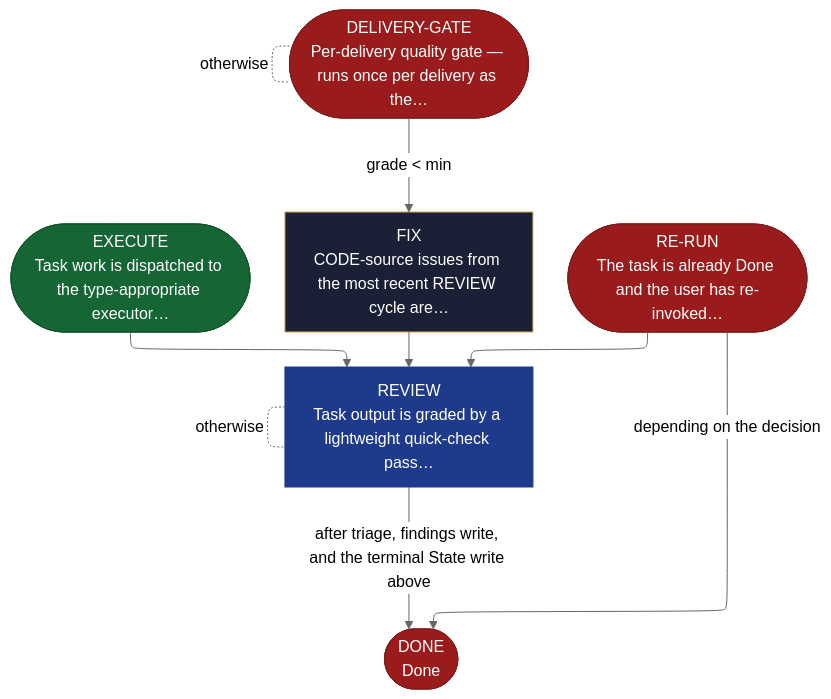
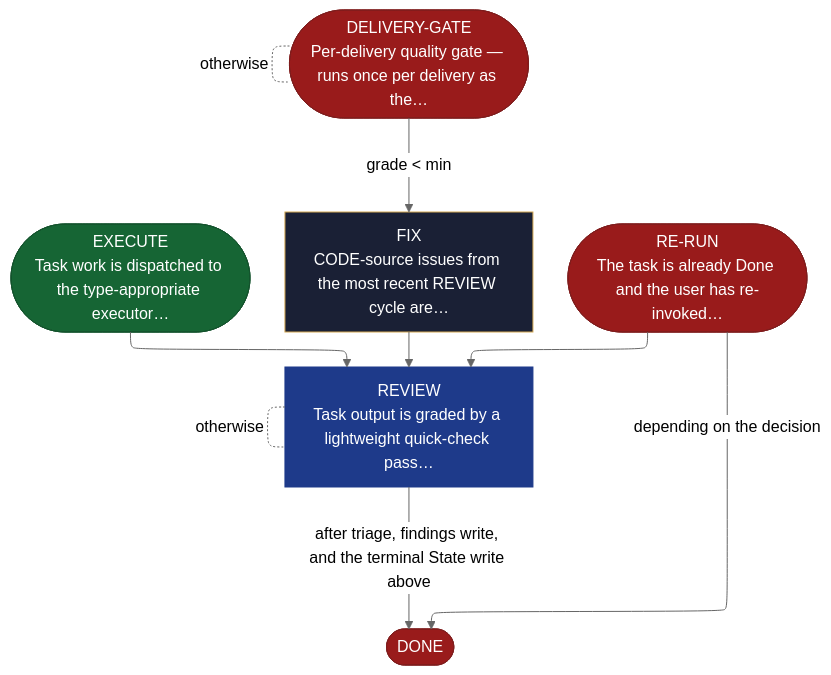
One commit to AndreVianna/aid-methodology changed the diagram in site/src/content/docs/skills/aid-execute.md. Above: the diagram before and after it, drawn with Mermaid (neutral theme). The commit also changed 13 other files, not shown here.

````diff
--- a/site/src/content/docs/skills/aid-execute.md
+++ b/site/src/content/docs/skills/aid-execute.md
@@ -20,44 +20,44 @@
 ```mermaid
 ---
 config:
   layout: elk
   flowchart:
     nodeSpacing: 55
     rankSpacing: 65
     padding: 12
     useMaxWidth: true
 ---
 flowchart TB
   classDef aidNode color:#fff
   classDef aidEntry fill:#166534,stroke:#14532d,color:#fff
   classDef aidExit fill:#991b1b,stroke:#7f1d1d,color:#fff
   classDef aidDecision fill:#92400e,stroke:#78350f,color:#fff
   classDef aidLoopBack fill:#1e3a8a,stroke:#1e3a8a,color:#fff
   classDef aidStep fill:#1a2035,stroke:#d4a853,color:#f1f5f9
   n1(["EXECUTE<br/>Task work is dispatched to the type-appropriate executor…"])
   n2["REVIEW<br/>Task output is graded by a lightweight quick-check pass…"]
   n3["FIX<br/>CODE-source issues from the most recent REVIEW cycle are…"]
-  n4(["DONE<br/>Done"])
+  n4(["DONE"])
   n5(["RE-RUN<br/>The task is already Done and the user has re-invoked…"])
   n6(["DELIVERY-GATE<br/>Per-delivery quality gate — runs once per delivery as the…"])
   n1 --> n2
   n2 -. "otherwise" .- n2
   n2 -->|"after triage, findings write, and the terminal State write above"| n4
   n3 --> n2
   n5 --> n2
   n5 -->|"depending on the decision"| n4
   n6 -->|"grade &lt; min"| n3
   n6 -. "otherwise" .- n6
   class n1 aidEntry
   class n2 aidLoopBack
   class n3 aidStep
   class n4 aidExit
   class n5 aidExit
   class n6 aidExit
   class n1 aidNode
   class n2 aidNode
   class n3 aidNode
   class n4 aidNode
   class n5 aidNode
   class n6 aidNode
 ```
````
